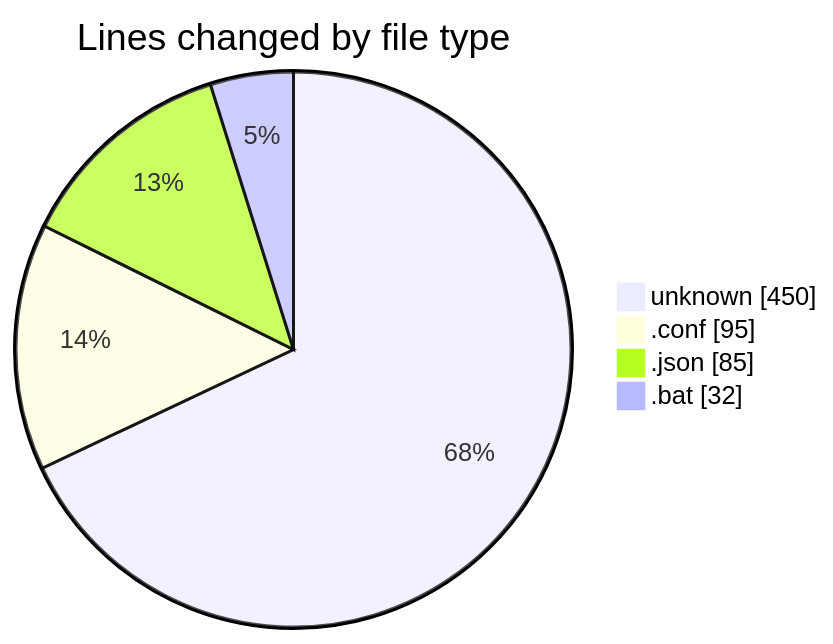
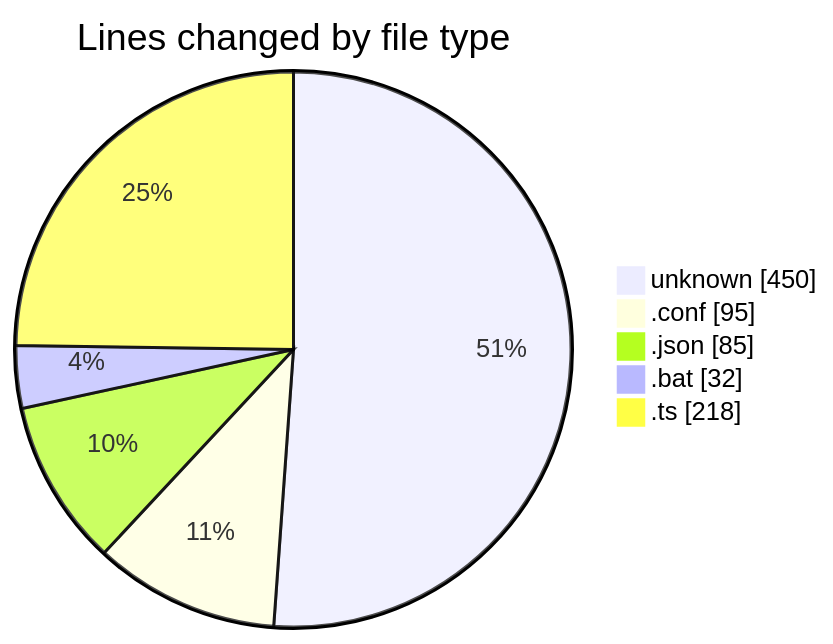
One commit to lephambinh05/code-tracking changed the first of 2 diagrams in 2025-07-12/shopaccv1/README.md. Above: the diagram before and after it, drawn with Mermaid. The commit also changed other lines of this file and 1 other file, not shown here.

````diff
--- a/2025-07-12/shopaccv1/README.md
+++ b/2025-07-12/shopaccv1/README.md
@@ -26,8 +27,9 @@
 ```mermaid
 pie showData
 title Lines changed by file type
 "unknown" : 450
 ".conf" : 95
 ".json" : 85
 ".bat" : 32
+".ts" : 218
 ```
````
